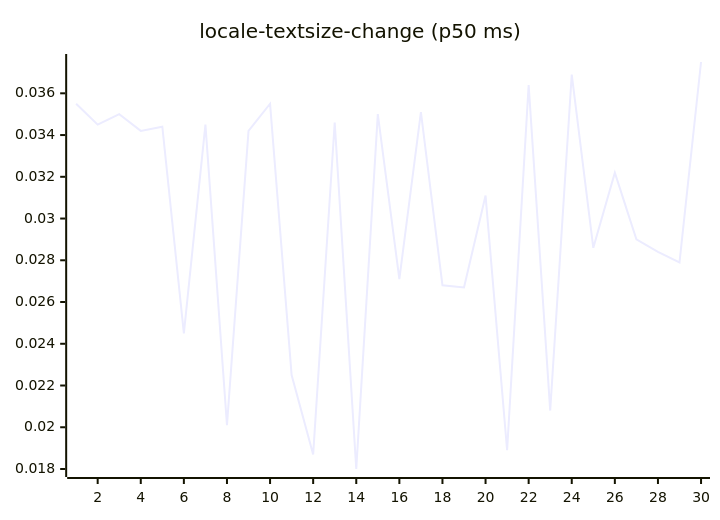
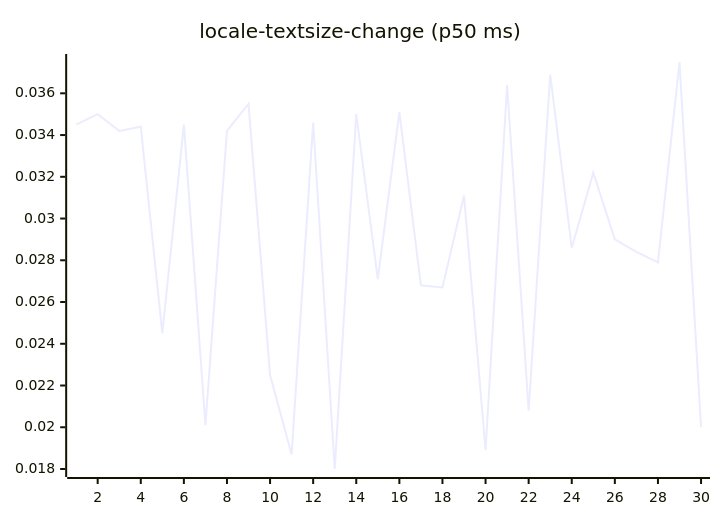
One commit to josha/Facet changed diagram 13 of 27 in README.md. Above: the diagram before and after it, drawn with Mermaid. The commit also changed other lines of this file and 2 other files, not shown here.

````diff
--- a/README.md
+++ b/README.md
@@ -147,6 +147,6 @@
 ```mermaid
 xychart-beta
     title "locale-textsize-change (p50 ms)"
     x-axis 1 --> 30
-    line [0.0355, 0.0345, 0.0350, 0.0342, 0.0344, 0.0245, 0.0345, 0.0201, 0.0342, 0.0355, 0.0225, 0.0187, 0.0346, 0.0180, 0.0350, 0.0271, 0.0351, 0.0268, 0.0267, 0.0311, 0.0189, 0.0364, 0.0208, 0.0369, 0.0286, 0.0322, 0.0290, 0.0284, 0.0279, 0.0375]
+    line [0.0345, 0.0350, 0.0342, 0.0344, 0.0245, 0.0345, 0.0201, 0.0342, 0.0355, 0.0225, 0.0187, 0.0346, 0.0180, 0.0350, 0.0271, 0.0351, 0.0268, 0.0267, 0.0311, 0.0189, 0.0364, 0.0208, 0.0369, 0.0286, 0.0322, 0.0290, 0.0284, 0.0279, 0.0375, 0.0200]
 ```
````
